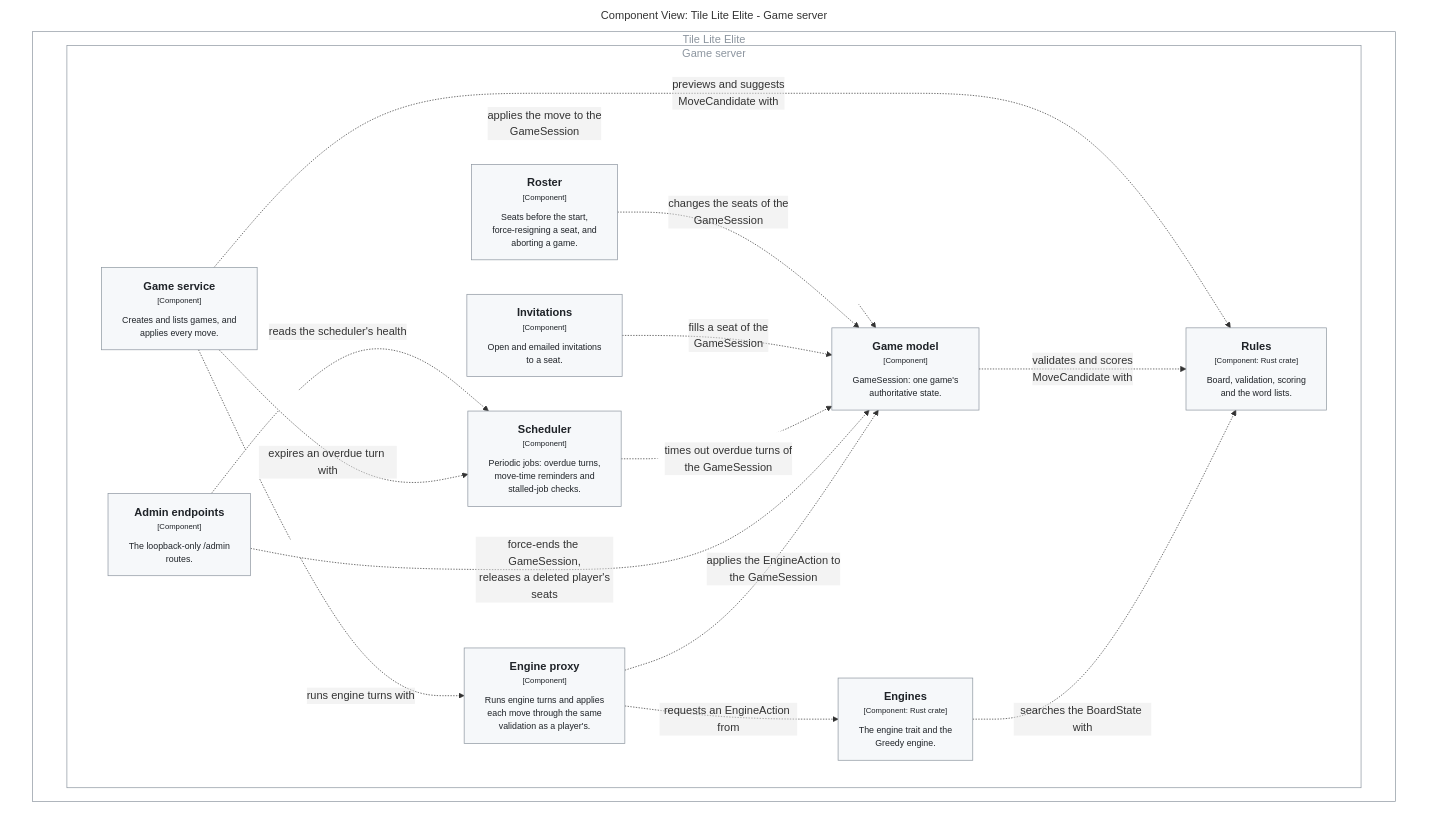
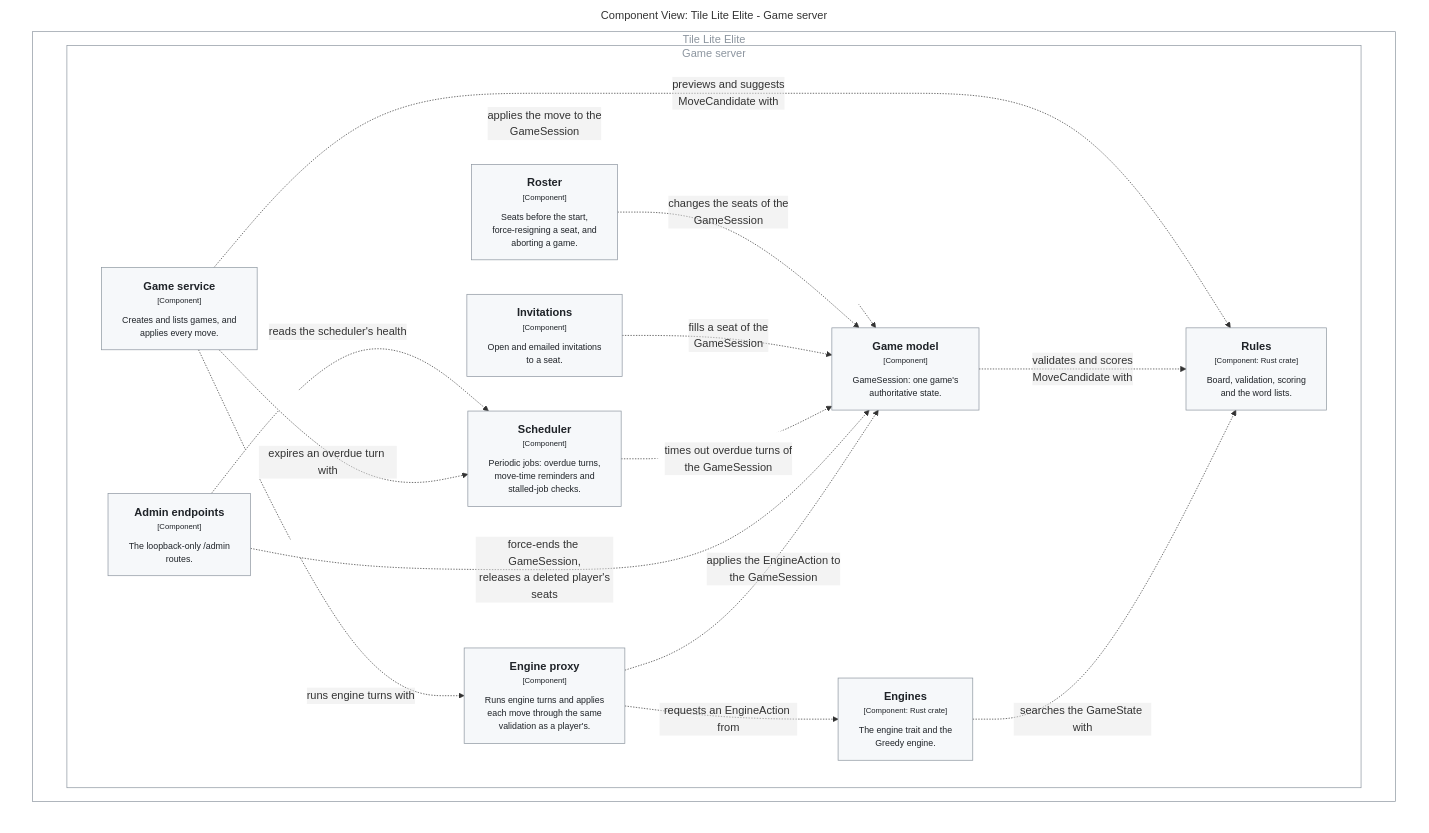
One commit to delphside/tile-lite-elite changed the third of 5 diagrams in docs/4.2.0-design-map.md. Above: the diagram before and after it, drawn with Mermaid. The commit also changed other lines of this file and 5 other files, not shown here.

````diff
--- a/docs/4.2.0-design-map.md
+++ b/docs/4.2.0-design-map.md
@@ -132,51 +132,51 @@
 ```mermaid
 graph TB
   linkStyle default fill:#ffffff
 
   subgraph diagram ["Component View: Tile Lite Elite - Game server"]
     style diagram fill:#ffffff,stroke:#ffffff
 
     subgraph 4 ["Tile Lite Elite"]
       style 4 fill:#ffffff,stroke:#8c959f,color:#8c959f
 
       subgraph 9 ["Game server"]
         style 9 fill:#ffffff,stroke:#8c959f,color:#8c959f
 
         13["<div style='font-weight: bold'>Game service</div><div style='font-size: 70%; margin-top: 0px'>[Component]</div><div style='font-size: 80%; margin-top:10px'>Creates and lists games, and<br />applies every move.</div>"]
         style 13 fill:#f6f8fa,stroke:#8c959f,color:#1f2328
         14["<div style='font-weight: bold'>Roster</div><div style='font-size: 70%; margin-top: 0px'>[Component]</div><div style='font-size: 80%; margin-top:10px'>Seats before the start,<br />force-resigning a seat, and<br />aborting a game.</div>"]
         style 14 fill:#f6f8fa,stroke:#8c959f,color:#1f2328
         15["<div style='font-weight: bold'>Invitations</div><div style='font-size: 70%; margin-top: 0px'>[Component]</div><div style='font-size: 80%; margin-top:10px'>Open and emailed invitations<br />to a seat.</div>"]
         style 15 fill:#f6f8fa,stroke:#8c959f,color:#1f2328
         19["<div style='font-weight: bold'>Admin endpoints</div><div style='font-size: 70%; margin-top: 0px'>[Component]</div><div style='font-size: 80%; margin-top:10px'>The loopback-only /admin<br />routes.</div>"]
         style 19 fill:#f6f8fa,stroke:#8c959f,color:#1f2328
         20["<div style='font-weight: bold'>Scheduler</div><div style='font-size: 70%; margin-top: 0px'>[Component]</div><div style='font-size: 80%; margin-top:10px'>Periodic jobs: overdue turns,<br />move-time reminders and<br />stalled-job checks.</div>"]
         style 20 fill:#f6f8fa,stroke:#8c959f,color:#1f2328
         21["<div style='font-weight: bold'>Game model</div><div style='font-size: 70%; margin-top: 0px'>[Component]</div><div style='font-size: 80%; margin-top:10px'>GameSession: one game's<br />authoritative state.</div>"]
         style 21 fill:#f6f8fa,stroke:#8c959f,color:#1f2328
         22["<div style='font-weight: bold'>Engine proxy</div><div style='font-size: 70%; margin-top: 0px'>[Component]</div><div style='font-size: 80%; margin-top:10px'>Runs engine turns and applies<br />each move through the same<br />validation as a player's.</div>"]
         style 22 fill:#f6f8fa,stroke:#8c959f,color:#1f2328
         23["<div style='font-weight: bold'>Engines</div><div style='font-size: 70%; margin-top: 0px'>[Component: Rust crate]</div><div style='font-size: 80%; margin-top:10px'>The engine trait and the<br />Greedy engine.</div>"]
         style 23 fill:#f6f8fa,stroke:#8c959f,color:#1f2328
         24["<div style='font-weight: bold'>Rules</div><div style='font-size: 70%; margin-top: 0px'>[Component: Rust crate]</div><div style='font-size: 80%; margin-top:10px'>Board, validation, scoring<br />and the word lists.</div>"]
         style 24 fill:#f6f8fa,stroke:#8c959f,color:#1f2328
       end
 
     end
 
     13-. "<div>applies the move to the<br />GameSession</div><div style='font-size: 70%'></div>" .->21
     13-. "<div>previews and suggests<br />MoveCandidate with</div><div style='font-size: 70%'></div>" .->24
     13-. "<div>runs engine turns with</div><div style='font-size: 70%'></div>" .->22
     14-. "<div>changes the seats of the<br />GameSession</div><div style='font-size: 70%'></div>" .->21
     15-. "<div>fills a seat of the<br />GameSession</div><div style='font-size: 70%'></div>" .->21
     20-. "<div>times out overdue turns of<br />the GameSession</div><div style='font-size: 70%'></div>" .->21
     19-. "<div>force-ends the GameSession,<br />releases a deleted player's<br />seats</div><div style='font-size: 70%'></div>" .->21
     21-. "<div>validates and scores<br />MoveCandidate with</div><div style='font-size: 70%'></div>" .->24
     22-. "<div>requests an EngineAction from</div><div style='font-size: 70%'></div>" .->23
     22-. "<div>applies the EngineAction to<br />the GameSession</div><div style='font-size: 70%'></div>" .->21
-    23-. "<div>searches the BoardState with</div><div style='font-size: 70%'></div>" .->24
+    23-. "<div>searches the GameState with</div><div style='font-size: 70%'></div>" .->24
     19-. "<div>reads the scheduler's health</div><div style='font-size: 70%'></div>" .->20
     13-. "<div>expires an overdue turn with</div><div style='font-size: 70%'></div>" .->20
 
   end
 ```
````
